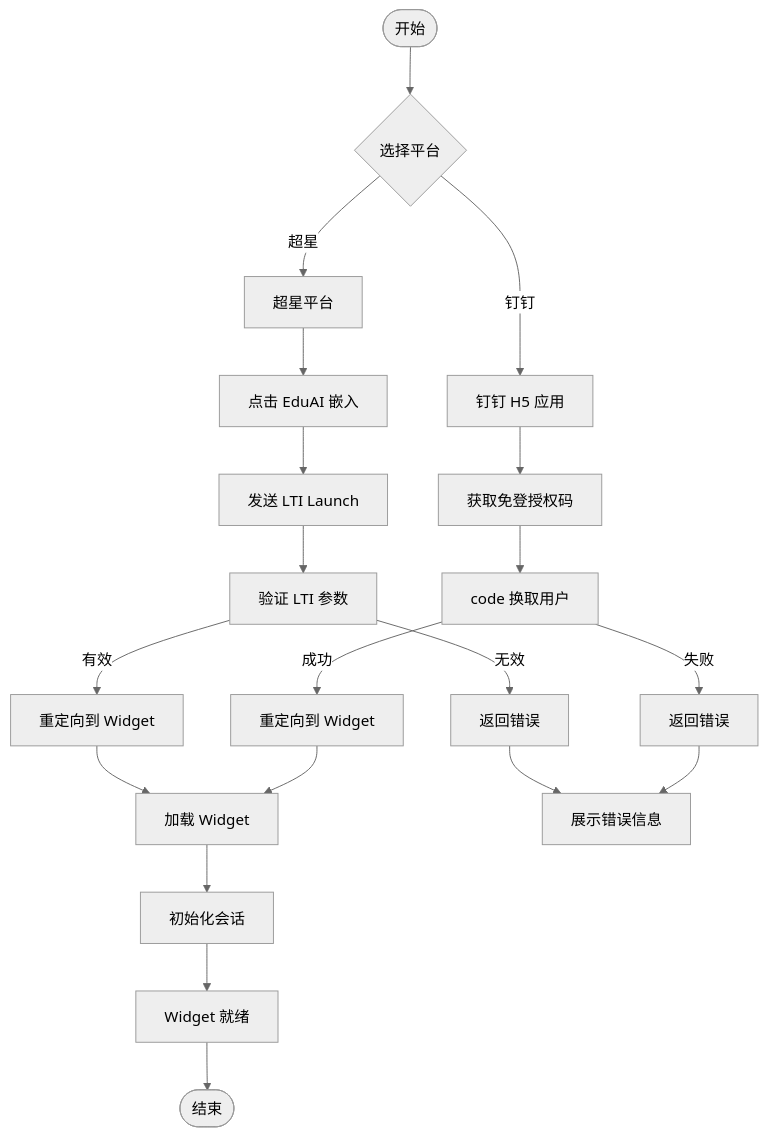
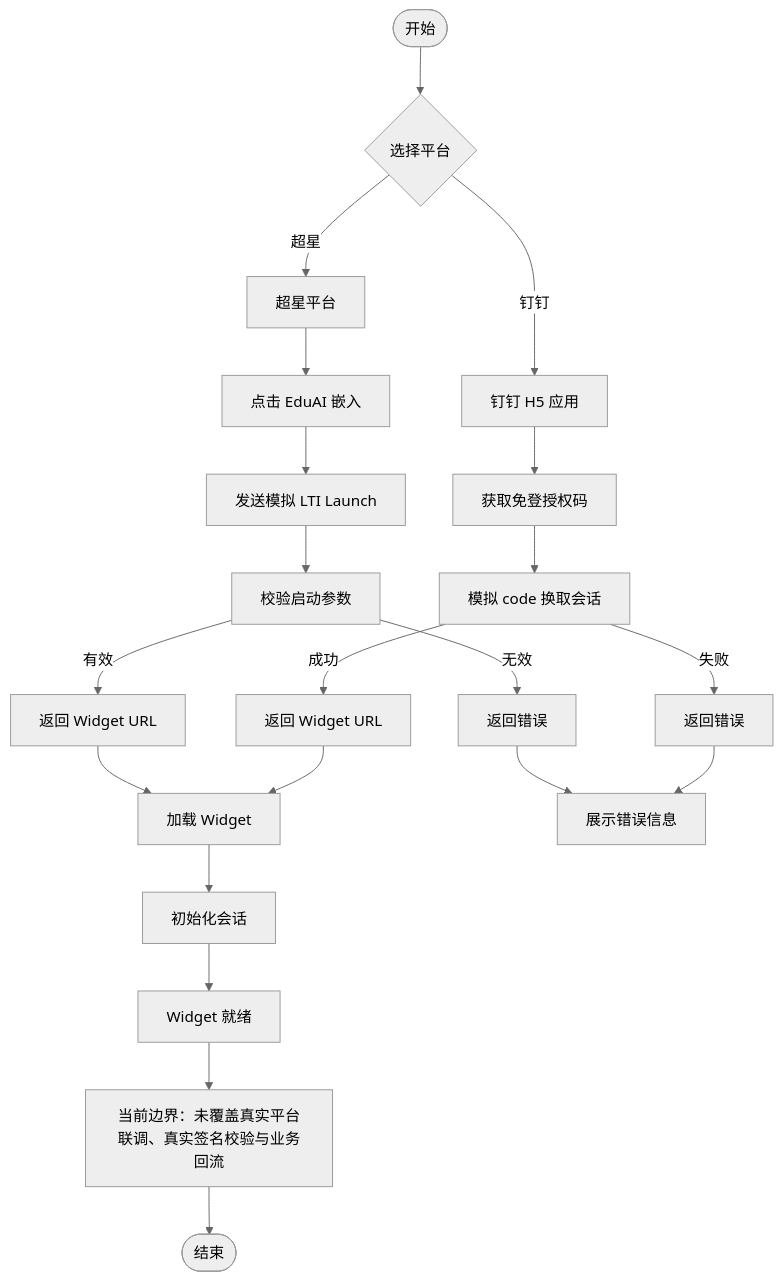
The eighth of 13 diagrams in docs/architecture-diagrams.md (qianlinnian/edu-ai), drawn with Mermaid (neutral theme) before and after one commit. The commit also changed other lines of this file and 7 other files, not shown here.

````diff
--- a/docs/architecture-diagrams.md
+++ b/docs/architecture-diagrams.md
@@ -336,24 +338,25 @@
 ```mermaid
 flowchart TB
     START([开始]) --> PLATFORM{选择平台}
 
     PLATFORM -->|超星| CHAOXING[超星平台]
     CHAOXING --> LTI[点击 EduAI 嵌入]
-    LTI --> REQUEST[发送 LTI Launch]
-    REQUEST --> VALIDATE[验证 LTI 参数]
-    VALIDATE -->|有效| REDIRECT[重定向到 Widget]
+    LTI --> REQUEST[发送模拟 LTI Launch]
+    REQUEST --> VALIDATE[校验启动参数]
+    VALIDATE -->|有效| REDIRECT[返回 Widget URL]
     VALIDATE -->|无效| ERROR1[返回错误]
 
     PLATFORM -->|钉钉| DINGTALK[钉钉 H5 应用]
     DINGTALK --> AUTH[获取免登授权码]
-    AUTH --> EXCHANGE[code 换取用户]
-    EXCHANGE -->|成功| REDIRECT2[重定向到 Widget]
+    AUTH --> EXCHANGE[模拟 code 换取会话]
+    EXCHANGE -->|成功| REDIRECT2[返回 Widget URL]
     EXCHANGE -->|失败| ERROR2[返回错误]
 
     REDIRECT & REDIRECT2 --> WIDGET[加载 Widget]
     ERROR1 & ERROR2 --> SHOW[展示错误信息]
 
     WIDGET --> INIT[初始化会话]
     INIT --> READY[Widget 就绪]
-    READY --> END([结束])
+    READY --> NOTE[当前边界：未覆盖真实平台联调、真实签名校验与业务回流]
+    NOTE --> END([结束])
 ```
````
